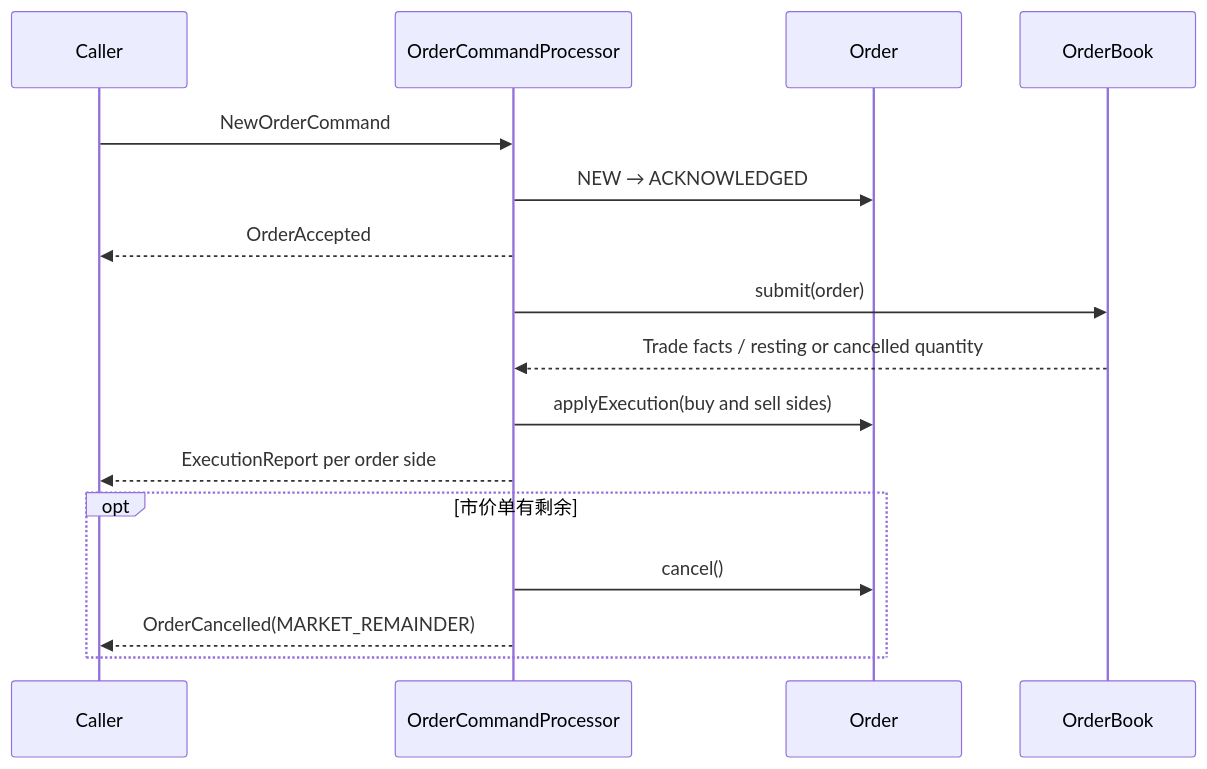
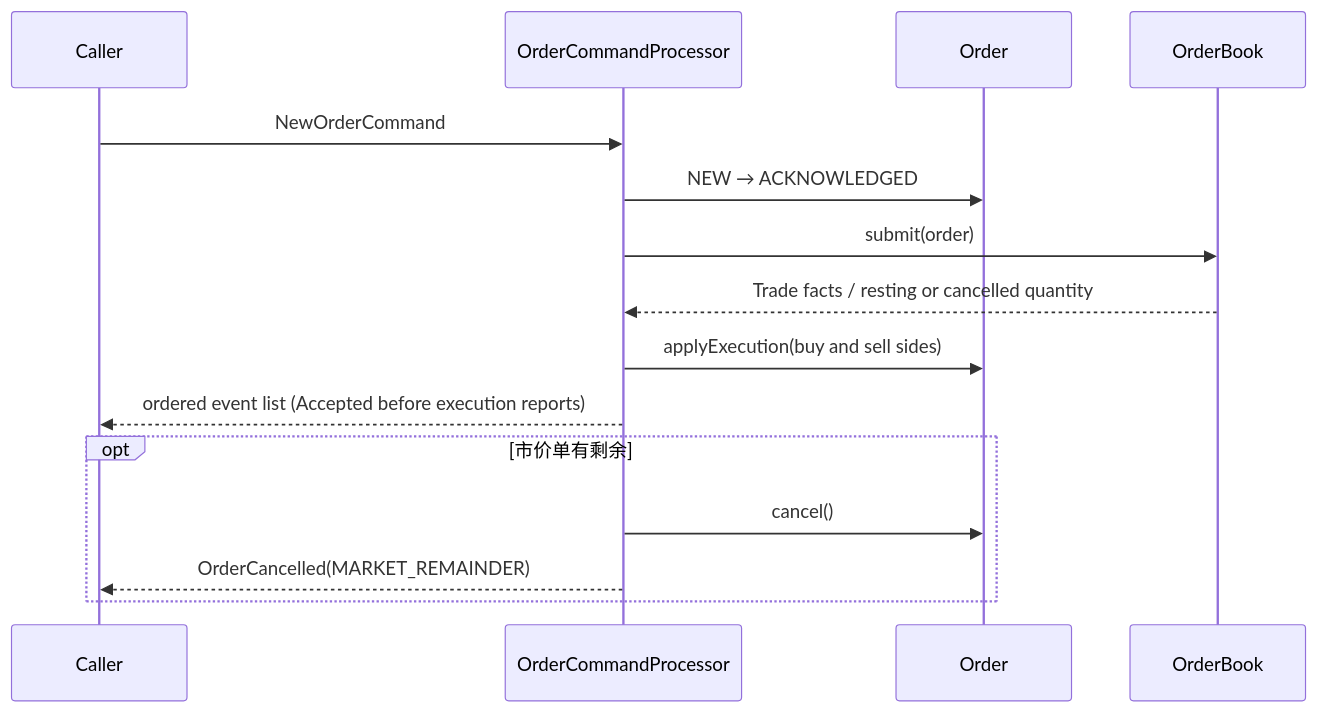
The diagram in docs/stage4-order-events.zh-CN.md (Pickupolddriver/trading-execution-lab), drawn with Mermaid before and after one commit. The commit also changed other lines of this file and 14 other files, not shown here.

````diff
--- a/docs/stage4-order-events.zh-CN.md
+++ b/docs/stage4-order-events.zh-CN.md
@@ -20,18 +20,17 @@
 ```mermaid
 sequenceDiagram
   participant C as Caller
   participant P as OrderCommandProcessor
   participant O as Order
   participant B as OrderBook
   C->>P: NewOrderCommand
   P->>O: NEW → ACKNOWLEDGED
-  P-->>C: OrderAccepted
   P->>B: submit(order)
   B-->>P: Trade facts / resting or cancelled quantity
   P->>O: applyExecution(buy and sell sides)
-  P-->>C: ExecutionReport per order side
+  P-->>C: ordered event list (Accepted before execution reports)
   opt 市价单有剩余
     P->>O: cancel()
     P-->>C: OrderCancelled(MARKET_REMAINDER)
   end
 ```
````
